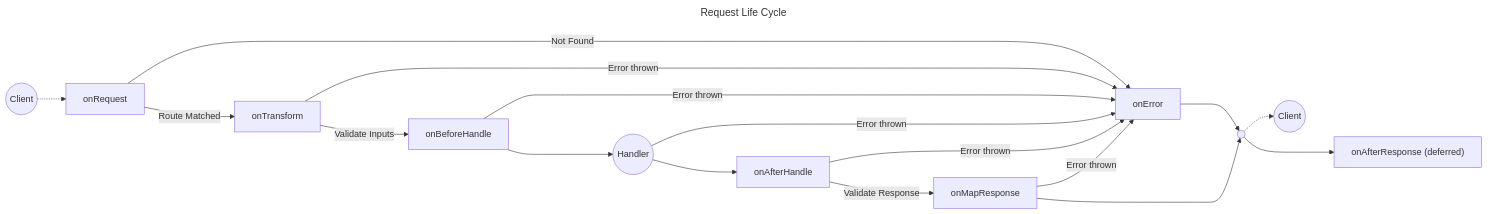
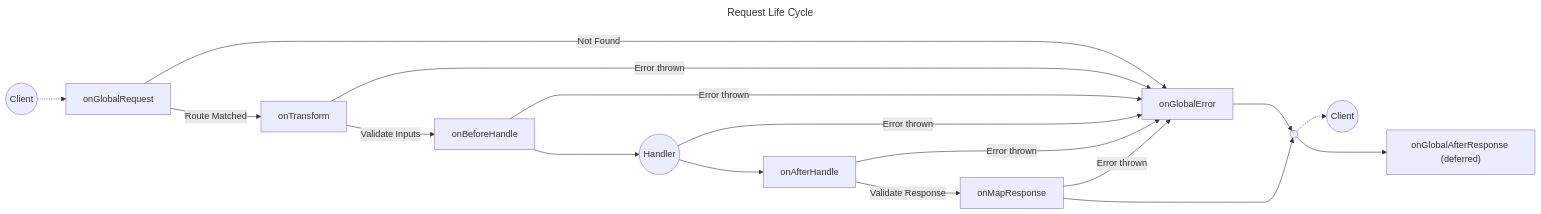
Before and after one commit to aklinker1/zeta: the diagram in README.md, drawn with Mermaid. The commit also changed other lines of this file and 6 other files, not shown here.

````diff
--- a/README.md
+++ b/README.md
@@ -285,24 +284,24 @@
 ```mermaid
 ---
 title: Request Life Cycle
 ---
 graph LR
     A((Client)) -.-> B
-    B[onRequest] -- "Route Matched" --> D
+    B[onGlobalRequest] -- "Route Matched" --> D
     B -- "Not Found" --> C
-    C[onError] ---> J
+    C[onGlobalError] ---> J
     D[onTransform] -- "Validate Inputs" --> E
     D -- "Error thrown" --> C
     E[onBeforeHandle] ---> F
     E -- "Error thrown" --> C
     F((Handler)) --> G
     F -- "Error thrown" --> C
     G[onAfterHandle] -- "Validate Response" --> H
     G -- "Error thrown" --> C
     H[onMapResponse] ---> J
     H -- "Error thrown" --> C
     J@{ shape: sm-circ } -.-> K
     J ---> L
     K((Client))
-    L["onAfterResponse (deferred)"]
+    L["onGlobalAfterResponse (deferred)"]
 ```
````
